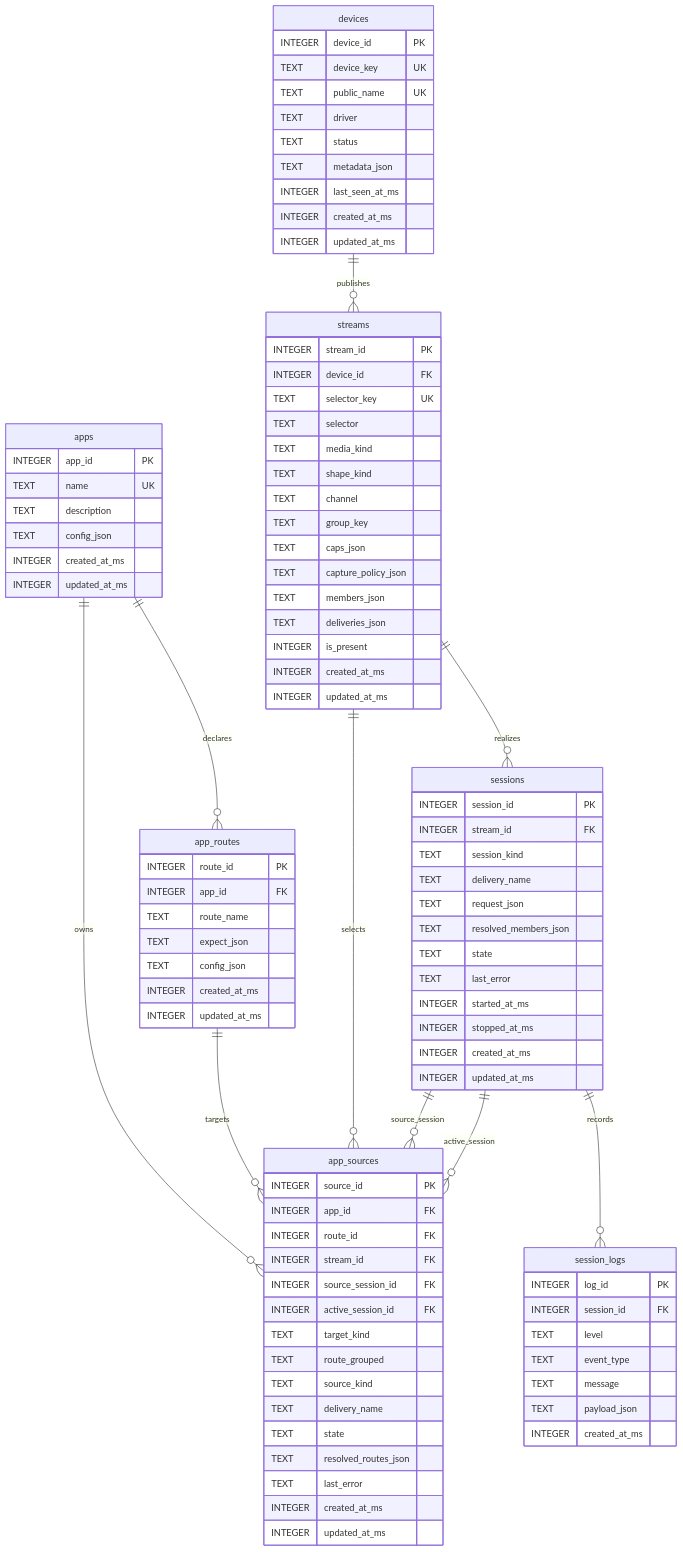
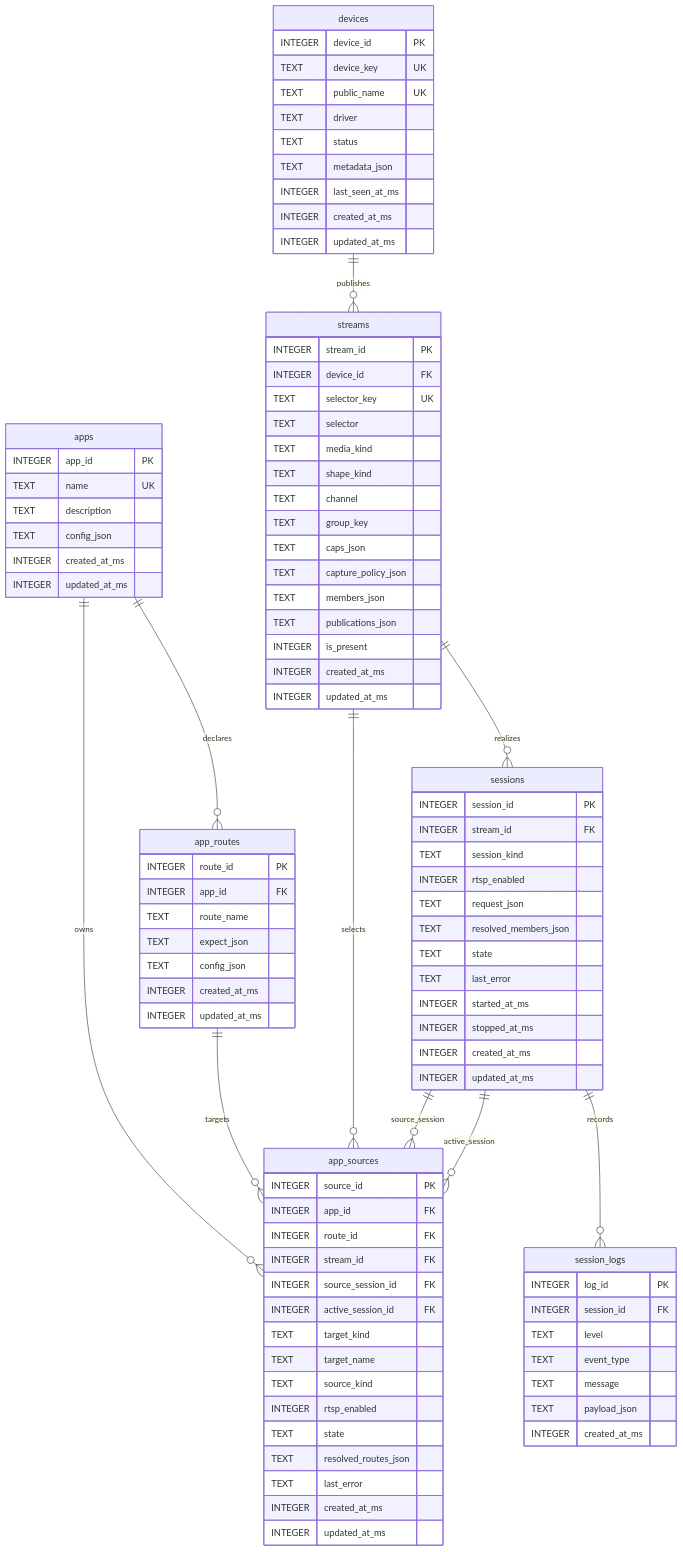
Before and after one commit to YixinZ-NUS/insight-io: the diagram in docs/diagram/intent-routing-er.md, drawn with Mermaid. The commit also changed other lines of this file and 12 other files, not shown here.

```diff
--- a/docs/diagram/intent-routing-er.md
+++ b/docs/diagram/intent-routing-er.md
@@ -52,7 +53,7 @@
         TEXT caps_json
         TEXT capture_policy_json
         TEXT members_json
-        TEXT deliveries_json
+        TEXT publications_json
         INTEGER is_present
         INTEGER created_at_ms
         INTEGER updated_at_ms
@@ -85,9 +86,9 @@
         INTEGER source_session_id FK
         INTEGER active_session_id FK
         TEXT target_kind
-        TEXT route_grouped
+        TEXT target_name
         TEXT source_kind
-        TEXT delivery_name
+        INTEGER rtsp_enabled
         TEXT state
         TEXT resolved_routes_json
         TEXT last_error
@@ -99,7 +100,7 @@
         INTEGER session_id PK
         INTEGER stream_id FK
         TEXT session_kind
-        TEXT delivery_name
+        INTEGER rtsp_enabled
         TEXT request_json
         TEXT resolved_members_json
         TEXT state
```
